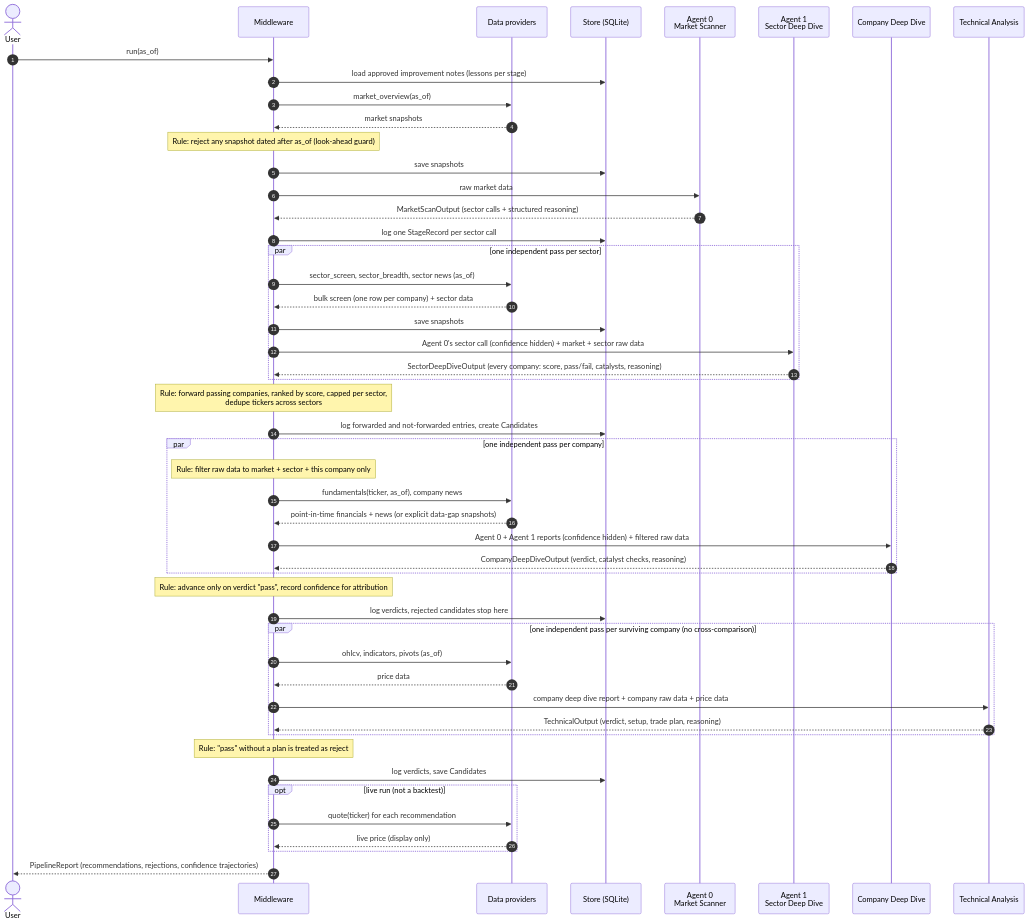
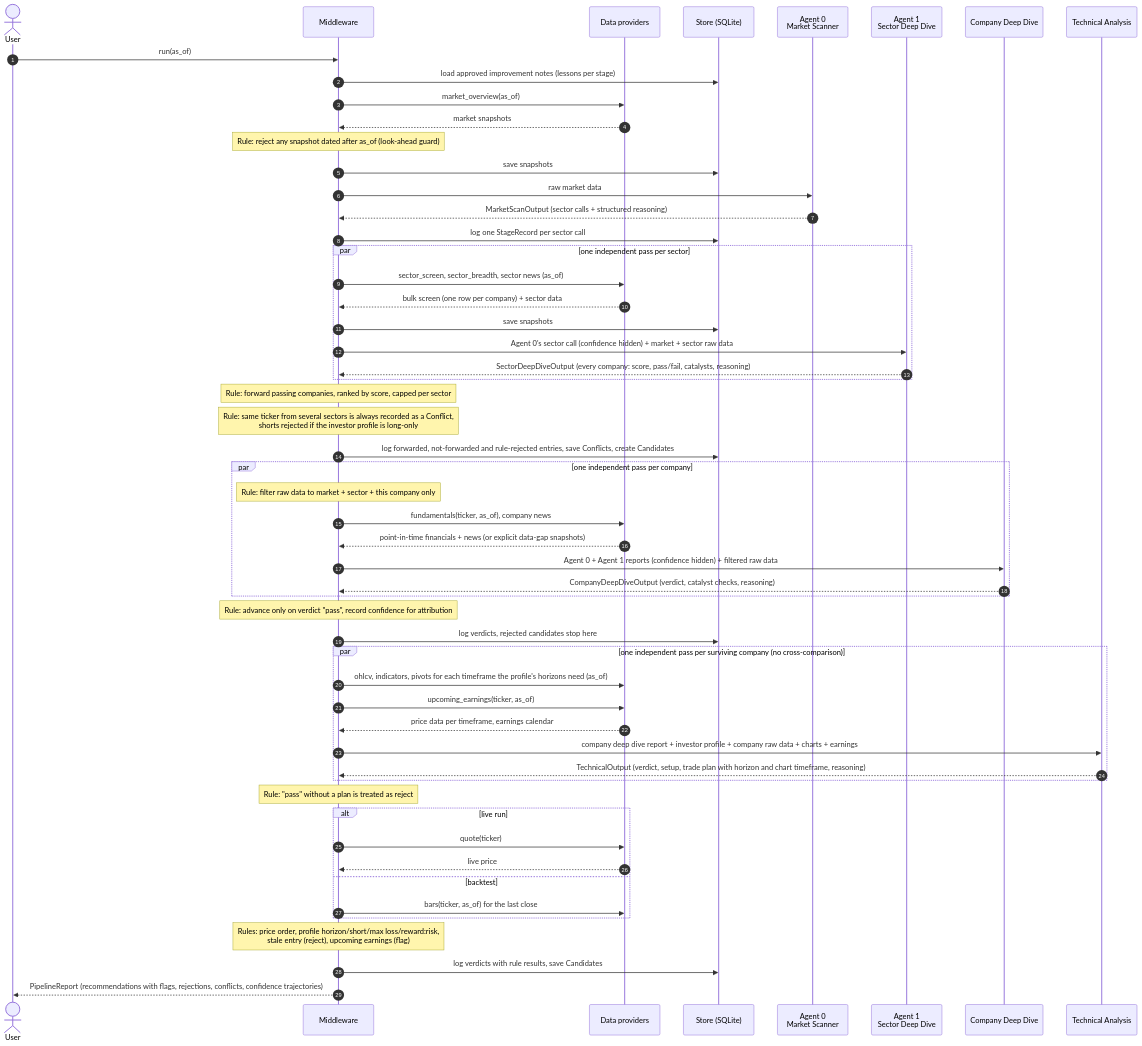
The first of 2 diagrams in docs/sequence-diagrams.md (ashakir11-dev/trading-platform), drawn with Mermaid before and after one commit. The commit also changed other lines of this file and 20 other files, not shown here.

First line of the commit message:
Add investor profile, horizon-specific charts, rules module and alert controls

````diff
--- a/docs/sequence-diagrams.md
+++ b/docs/sequence-diagrams.md
@@ -14,58 +14,62 @@
 ```mermaid
 sequenceDiagram
     autonumber
     actor User
     participant MW as Middleware
     participant Data as Data providers
     participant Store as Store (SQLite)
     participant A0 as Agent 0<br/>Market Scanner
     participant A1 as Agent 1<br/>Sector Deep Dive
     participant A2 as Company Deep Dive
     participant A3 as Technical Analysis
 
     User->>MW: run(as_of)
     MW->>Store: load approved improvement notes (lessons per stage)
 
     MW->>Data: market_overview(as_of)
     Data-->>MW: market snapshots
     Note over MW: Rule: reject any snapshot dated after as_of (look-ahead guard)
     MW->>Store: save snapshots
     MW->>A0: raw market data
     A0-->>MW: MarketScanOutput (sector calls + structured reasoning)
     MW->>Store: log one StageRecord per sector call
 
     par one independent pass per sector
         MW->>Data: sector_screen, sector_breadth, sector news (as_of)
         Data-->>MW: bulk screen (one row per company) + sector data
         MW->>Store: save snapshots
         MW->>A1: Agent 0's sector call (confidence hidden) + market + sector raw data
         A1-->>MW: SectorDeepDiveOutput (every company: score, pass/fail, catalysts, reasoning)
     end
-    Note over MW: Rule: forward passing companies, ranked by score, capped per sector,<br/>dedupe tickers across sectors
-    MW->>Store: log forwarded and not-forwarded entries, create Candidates
+    Note over MW: Rule: forward passing companies, ranked by score, capped per sector
+    Note over MW: Rule: same ticker from several sectors is always recorded as a Conflict,<br/>shorts rejected if the investor profile is long-only
+    MW->>Store: log forwarded, not-forwarded and rule-rejected entries, save Conflicts, create Candidates
 
     par one independent pass per company
         Note over MW: Rule: filter raw data to market + sector + this company only
         MW->>Data: fundamentals(ticker, as_of), company news
         Data-->>MW: point-in-time financials + news (or explicit data-gap snapshots)
         MW->>A2: Agent 0 + Agent 1 reports (confidence hidden) + filtered raw data
         A2-->>MW: CompanyDeepDiveOutput (verdict, catalyst checks, reasoning)
     end
     Note over MW: Rule: advance only on verdict "pass", record confidence for attribution
     MW->>Store: log verdicts, rejected candidates stop here
 
     par one independent pass per surviving company (no cross-comparison)
-        MW->>Data: ohlcv, indicators, pivots (as_of)
-        Data-->>MW: price data
-        MW->>A3: company deep dive report + company raw data + price data
-        A3-->>MW: TechnicalOutput (verdict, setup, trade plan, reasoning)
+        MW->>Data: ohlcv, indicators, pivots for each timeframe the profile's horizons need (as_of)
+        MW->>Data: upcoming_earnings(ticker, as_of)
+        Data-->>MW: price data per timeframe, earnings calendar
+        MW->>A3: company deep dive report + investor profile + company raw data + charts + earnings
+        A3-->>MW: TechnicalOutput (verdict, setup, trade plan with horizon and chart timeframe, reasoning)
     end
     Note over MW: Rule: "pass" without a plan is treated as reject
-    MW->>Store: log verdicts, save Candidates
-
-    opt live run (not a backtest)
-        MW->>Data: quote(ticker) for each recommendation
-        Data-->>MW: live price (display only)
+    alt live run
+        MW->>Data: quote(ticker)
+        Data-->>MW: live price
+    else backtest
+        MW->>Data: bars(ticker, as_of) for the last close
     end
-    MW-->>User: PipelineReport (recommendations, rejections, confidence trajectories)
+    Note over MW: Rules: price order, profile horizon/short/max loss/reward:risk,<br/>stale entry (reject), upcoming earnings (flag)
+    MW->>Store: log verdicts with rule results, save Candidates
+    MW-->>User: PipelineReport (recommendations with flags, rejections, conflicts, confidence trajectories)
 ```
````
